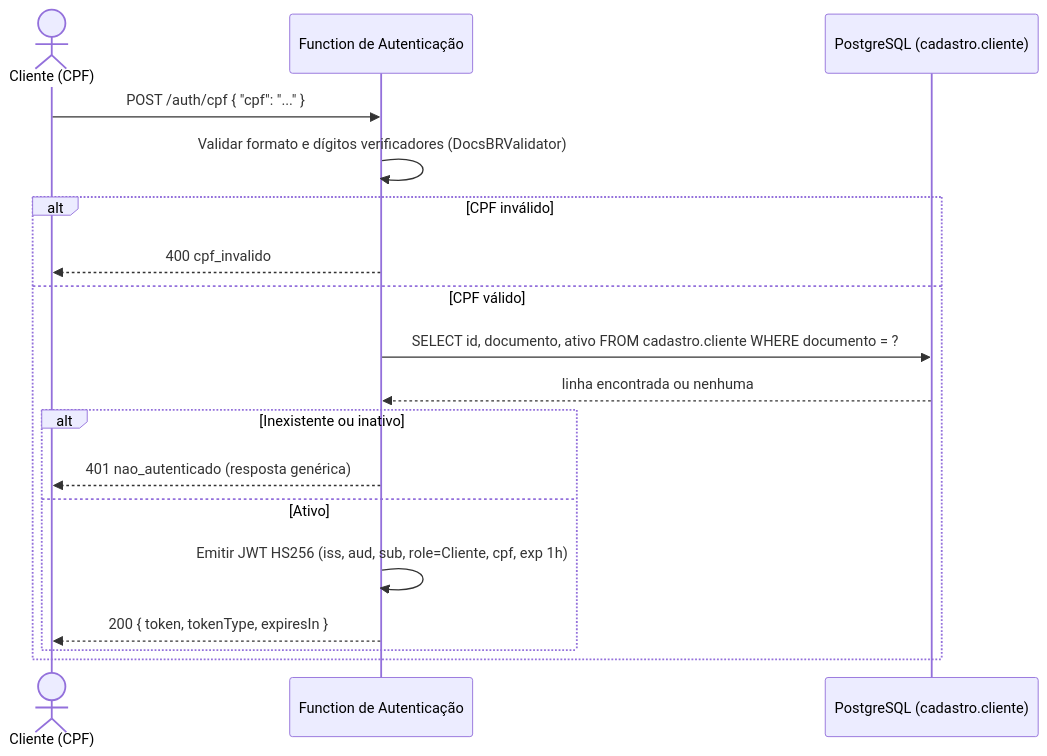
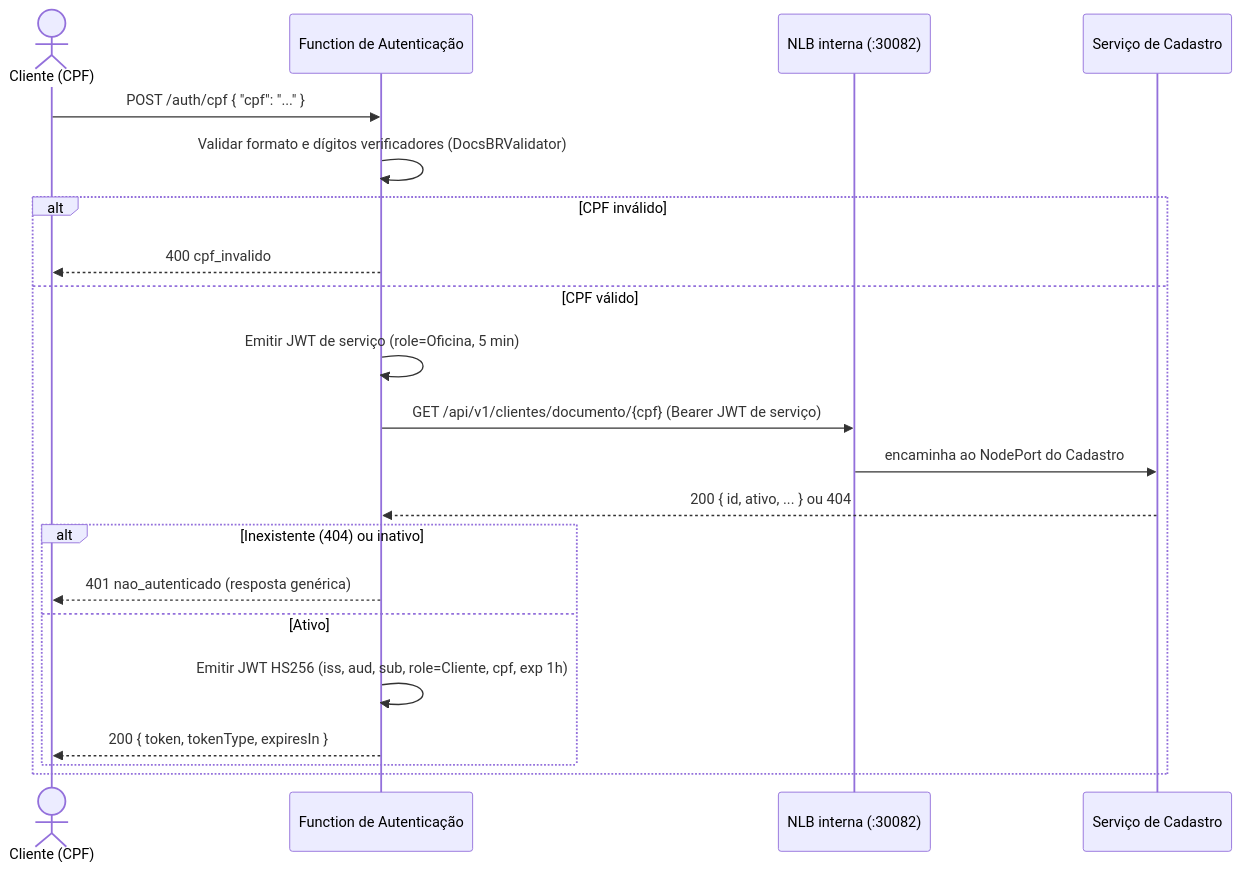
Before and after one commit to gabrielMauad/oficina-mecanica-lambda-auth: the first of 2 diagrams in README.md, drawn with Mermaid. The commit also changed other lines of this file and 21 other files, not shown here.

First line of the commit message:
feat(lambda): consulta o serviço de Cadastro por HTTP em vez de ler o banco

````diff
--- a/README.md
+++ b/README.md
@@ -67,21 +77,24 @@
 ```mermaid
 sequenceDiagram
     actor Cliente as Cliente (CPF)
     participant Lambda as Function de Autenticação
-    participant DB as PostgreSQL (cadastro.cliente)
+    participant NLB as NLB interna (:30082)
+    participant Cadastro as Serviço de Cadastro
 
     Cliente->>Lambda: POST /auth/cpf { "cpf": "..." }
     Lambda->>Lambda: Validar formato e dígitos verificadores (DocsBRValidator)
     alt CPF inválido
         Lambda-->>Cliente: 400 cpf_invalido
     else CPF válido
-        Lambda->>DB: SELECT id, documento, ativo FROM cadastro.cliente WHERE documento = ?
-        DB-->>Lambda: linha encontrada ou nenhuma
-        alt Inexistente ou inativo
+        Lambda->>Lambda: Emitir JWT de serviço (role=Oficina, 5 min)
+        Lambda->>NLB: GET /api/v1/clientes/documento/{cpf} (Bearer JWT de serviço)
+        NLB->>Cadastro: encaminha ao NodePort do Cadastro
+        Cadastro-->>Lambda: 200 { id, ativo, ... } ou 404
+        alt Inexistente (404) ou inativo
             Lambda-->>Cliente: 401 nao_autenticado (resposta genérica)
         else Ativo
             Lambda->>Lambda: Emitir JWT HS256 (iss, aud, sub, role=Cliente, cpf, exp 1h)
             Lambda-->>Cliente: 200 { token, tokenType, expiresIn }
         end
     end
 ```
````
